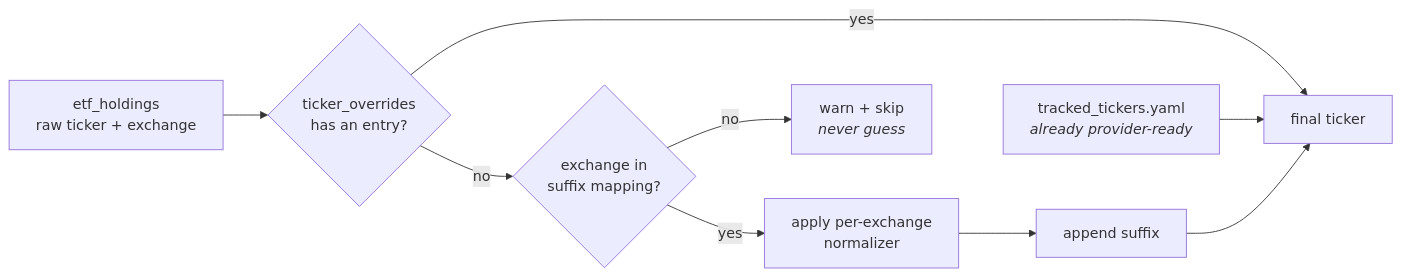
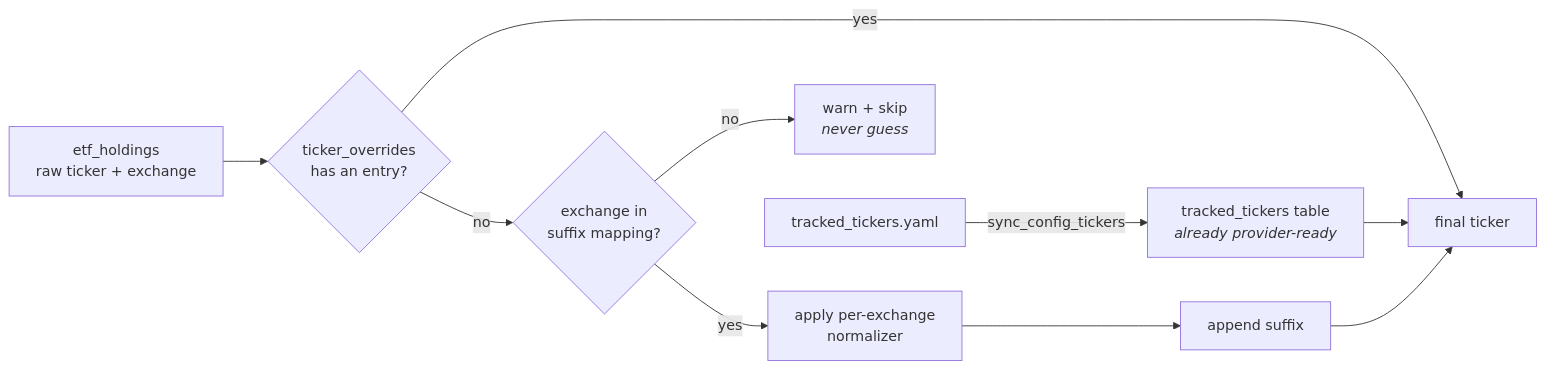
One commit to jpedropereira/Stakehold changed the second of 4 diagrams in services/data-store/docs/architecture.md. Above: the diagram before and after it, drawn with Mermaid. The commit also changed other lines of this file and 72 other files, not shown here.

````diff
--- a/services/data-store/docs/architecture.md
+++ b/services/data-store/docs/architecture.md
@@ -358,11 +425,12 @@
 ```mermaid
 flowchart LR
     A["etf_holdings<br/>raw ticker + exchange"] --> B{"ticker_overrides<br/>has an entry?"}
     B -->|yes| Z["final ticker"]
     B -->|no| C{"exchange in<br/>suffix mapping?"}
     C -->|no| D["warn + skip<br/><i>never guess</i>"]
     C -->|yes| E["apply per-exchange<br/>normalizer"]
     E --> F["append suffix"]
     F --> Z
-    G["tracked_tickers.yaml<br/><i>already provider-ready</i>"] --> Z
+    Y["tracked_tickers.yaml"] -->|"sync_config_tickers"| G
+    G["tracked_tickers table<br/><i>already provider-ready</i>"] --> Z
 ```
````
